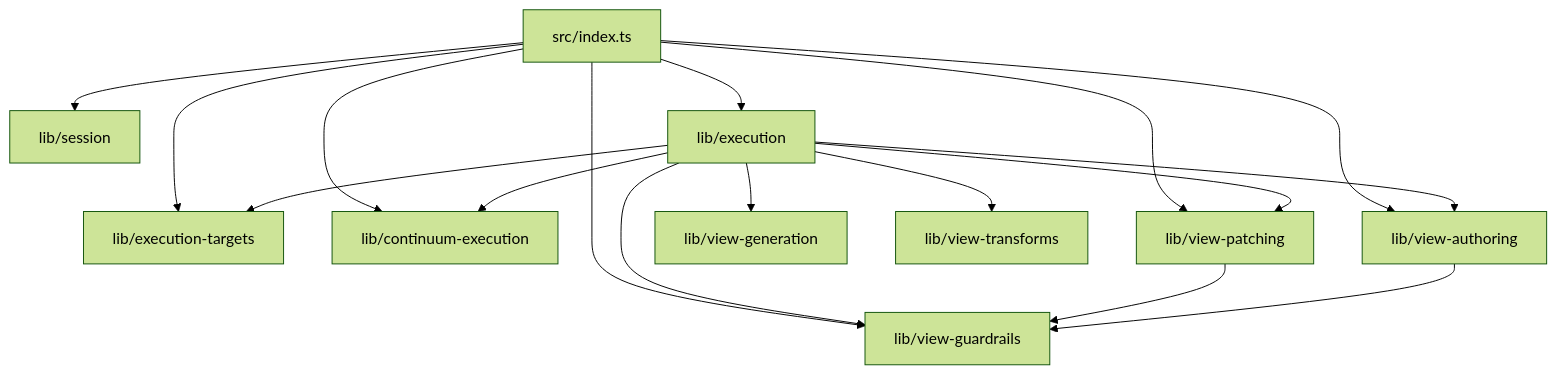
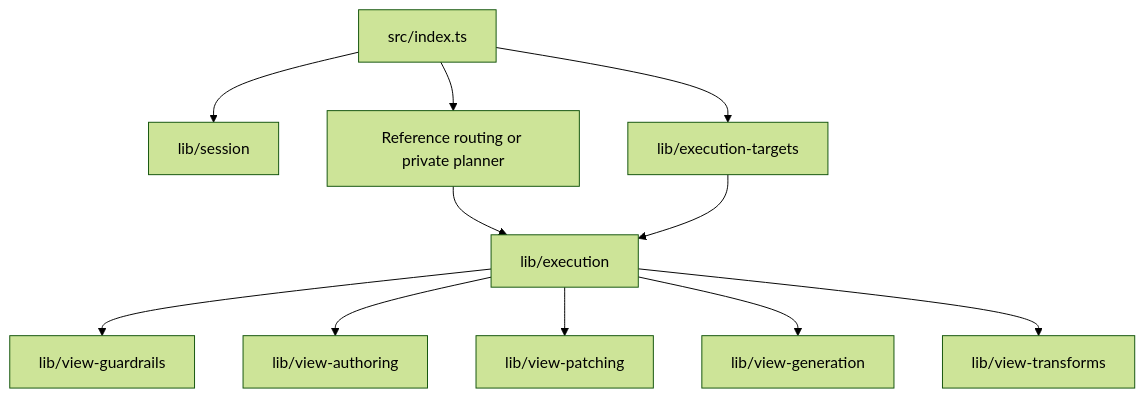
Before and after one commit to brytoncooper/continuum-dev: the diagram in packages/ai-engine/src/lib/ARCHITECTURE.md, drawn with Mermaid (forest theme). The commit also changed other lines of this file and 20 other files, not shown here.

First line of the commit message:
Expose reference execution stream from ai-engine and drop bundled planner

````diff
--- a/packages/ai-engine/src/lib/ARCHITECTURE.md
+++ b/packages/ai-engine/src/lib/ARCHITECTURE.md
@@ -34,30 +34,23 @@
 ```mermaid
 flowchart TB
   entry[src/index.ts]
   session[lib/session]
   targets[lib/execution-targets]
-  planner[lib/continuum-execution]
+  planner["Reference routing or private planner"]
   exec[lib/execution]
   guard[lib/view-guardrails]
   author[lib/view-authoring]
   patch[lib/view-patching]
   gen[lib/view-generation]
   xf[lib/view-transforms]
-
   entry --> session
   entry --> targets
   entry --> planner
-  entry --> exec
-  entry --> guard
-  entry --> author
-  entry --> patch
-  exec --> planner
-  exec --> targets
+  planner --> exec
+  targets --> exec
+  exec --> guard
   exec --> author
   exec --> patch
-  exec --> guard
   exec --> gen
-  patch --> guard
-  author --> guard
   exec --> xf
 ```
````
